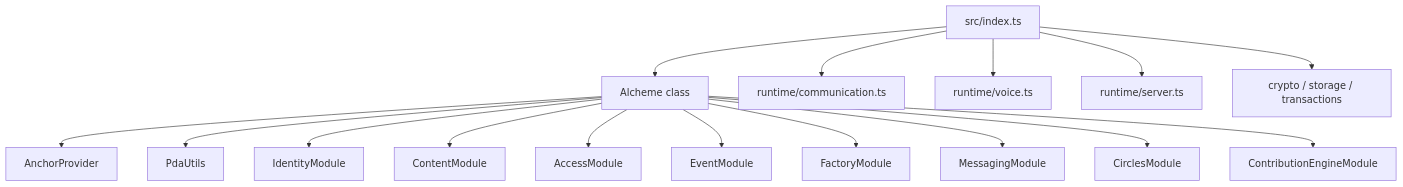
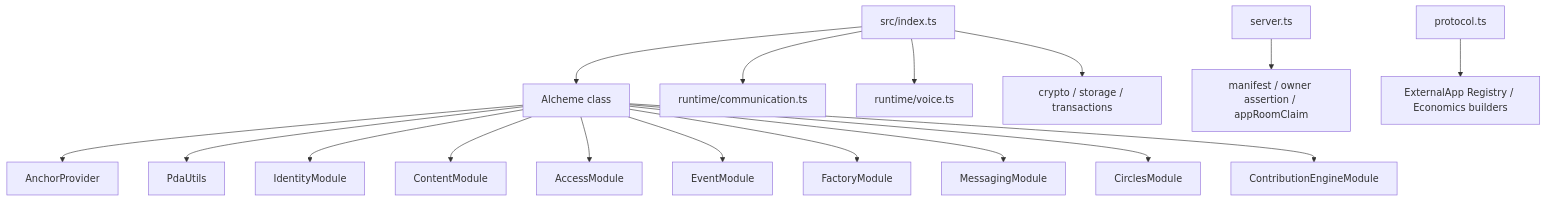
One commit to alcheme-labs/alcheme-protocol changed the second of 2 diagrams in sdk/README.md. Above: the diagram before and after it, drawn with Mermaid. The commit also changed other lines of this file and 113 other files, not shown here.

Commit message:
Implement external app V3 governance and economics

````diff
--- a/sdk/README.md
+++ b/sdk/README.md
@@ -21,18 +21,19 @@
 ```mermaid
 flowchart TB
     index["src/index.ts"] --> alcheme["Alcheme class"]
     alcheme --> provider["AnchorProvider"]
     alcheme --> pda["PdaUtils"]
     alcheme --> identity["IdentityModule"]
     alcheme --> content["ContentModule"]
     alcheme --> access["AccessModule"]
     alcheme --> event["EventModule"]
     alcheme --> factory["FactoryModule"]
     alcheme --> messaging["MessagingModule"]
     alcheme --> circles["CirclesModule"]
     alcheme --> contribution["ContributionEngineModule"]
     index --> communication["runtime/communication.ts"]
     index --> voice["runtime/voice.ts"]
-    index --> server["runtime/server.ts"]
+    server["server.ts"] --> claims["manifest / owner assertion / appRoomClaim"]
+    protocol["protocol.ts"] --> external["ExternalApp Registry / Economics builders"]
     index --> utils["crypto / storage / transactions"]
 ```
````
